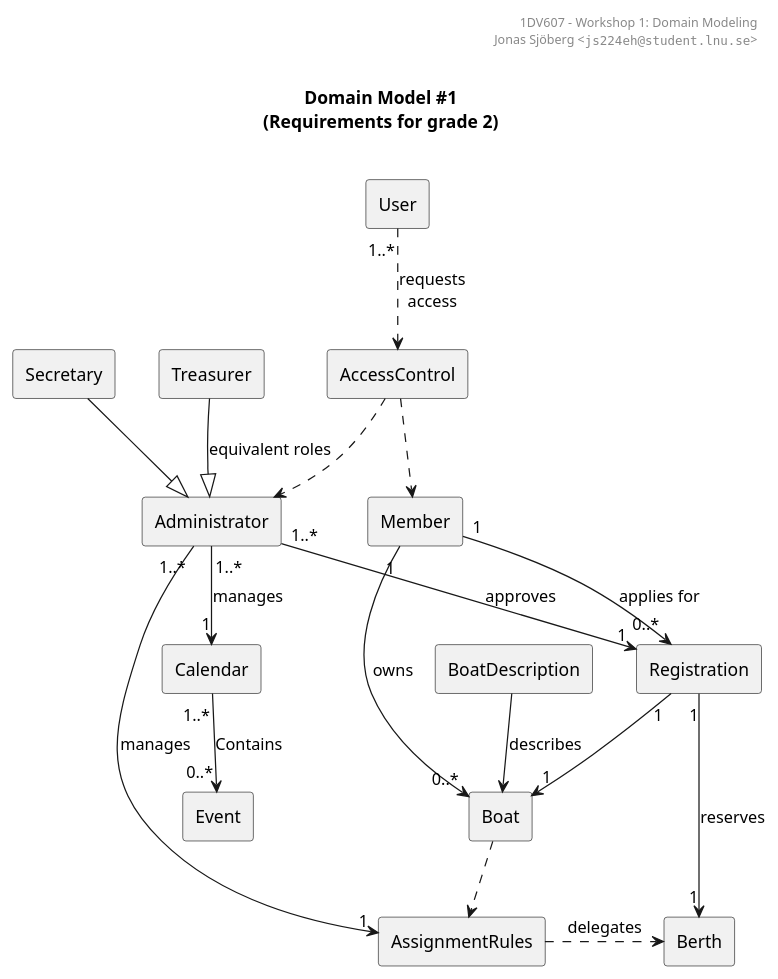
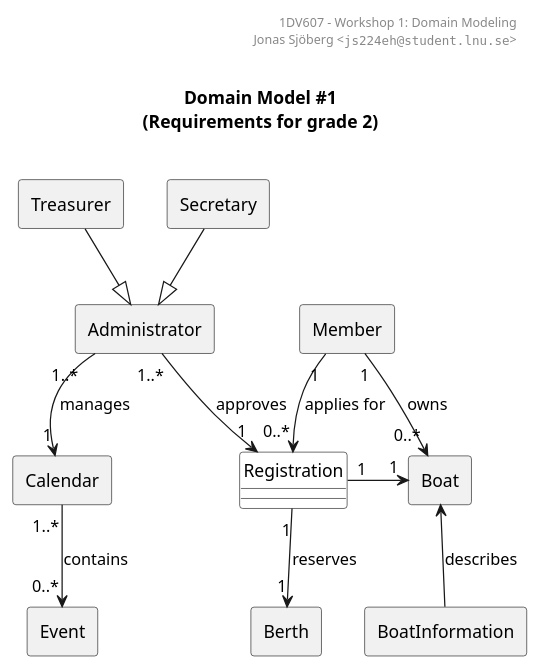
Before and after one commit to jonasjberg/1dv607_workshop1: the diagram in workshop1/uml/domain-model_1.puml, drawn with PlantUML. The commit also changed 2 other files, not shown here.

```diff
--- a/workshop1/uml/domain-model_1.puml
+++ b/workshop1/uml/domain-model_1.puml
@@ -11,64 +11,53 @@
 @startuml
 ' ______________________________________________________________________________
 ' ____ CONFIGURATION OPTIONS ___________________________________________________
 ' debug flag creates a 'svek.dot' and 'svek.svg' file in ~/
 ' !pragma svek_trace on
+allow_mixing
 
 skinparam {
     monochrome true
     'backgroundColor transparent
     classBackgroundColor transparent
     style strictuml
 }
 
 ' ______________________________________________________________________________
 ' ____ USECASE DIAGRAM _________________________________________________________
 
 header
 1DV607 - Workshop 1: Domain Modeling
 Jonas Sjöberg <""js224eh@student.lnu.se"">
 end header
 
 title \nDomain Model #1\n(Requirements for grade 2)\n
 
-agent User
 agent Administrator
 agent Member
 agent Treasurer
 agent Secretary
 
-agent AccessControl
 agent Berth
 agent Boat
-agent BoatDescription
+agent BoatInformation
 agent Calendar
 agent Event
-agent Registration
-agent AssignmentRules
+class Registration
 
-User "1..*" ..> AccessControl : requests\naccess
-
-AccessControl ..> Member
-AccessControl ..> Administrator
-
-
-Treasurer --|> Administrator : equivalent roles
+Treasurer --|> Administrator
 Secretary --|> Administrator
 
-Administrator "1..*" --> "1" AssignmentRules : manages
 Administrator "1..*" --> "1" Registration : approves
 Administrator "1..*" --> "1" Calendar : manages
-Calendar "1..*" --> "0..*" Event : Contains
+Calendar "1..*" --> "0..*" Event : contains
 
 Member "1" --> "0..*" Registration : applies for
 Member "1" --> "0..*" Boat : owns
 
-Registration "1" --> "1" Boat
+Registration "1" -> "1" Boat
 Registration "1" --> "1" Berth : reserves
 
-Boat ..> AssignmentRules
-AssignmentRules .> Berth : delegates
 
-BoatDescription --> Boat : describes
+Boat <-- BoatInformation : describes
 
 @enduml
```
